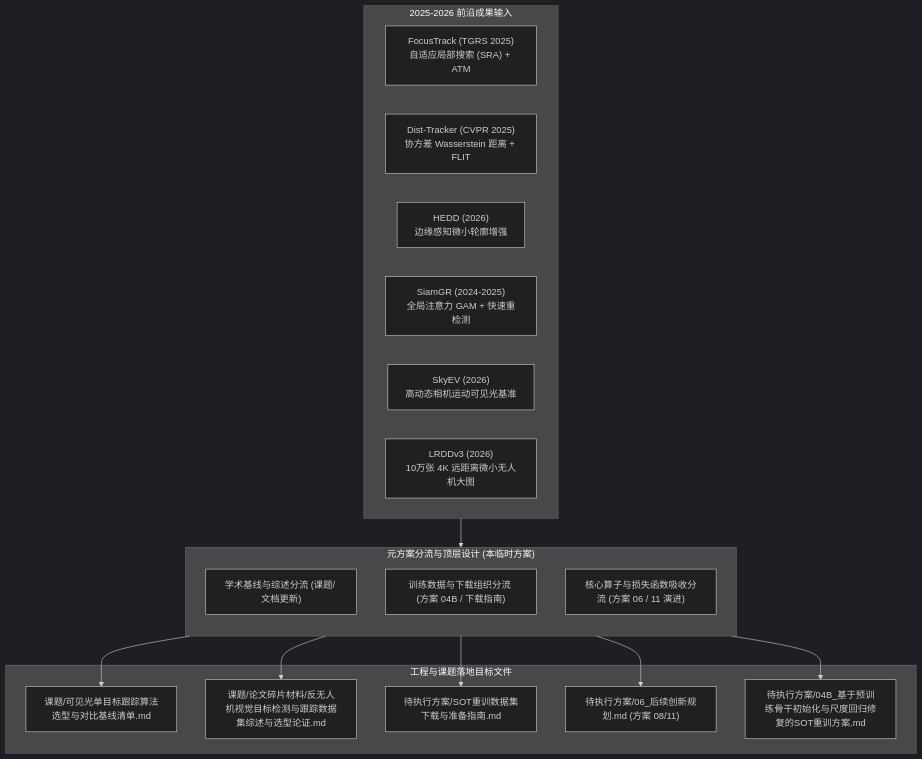
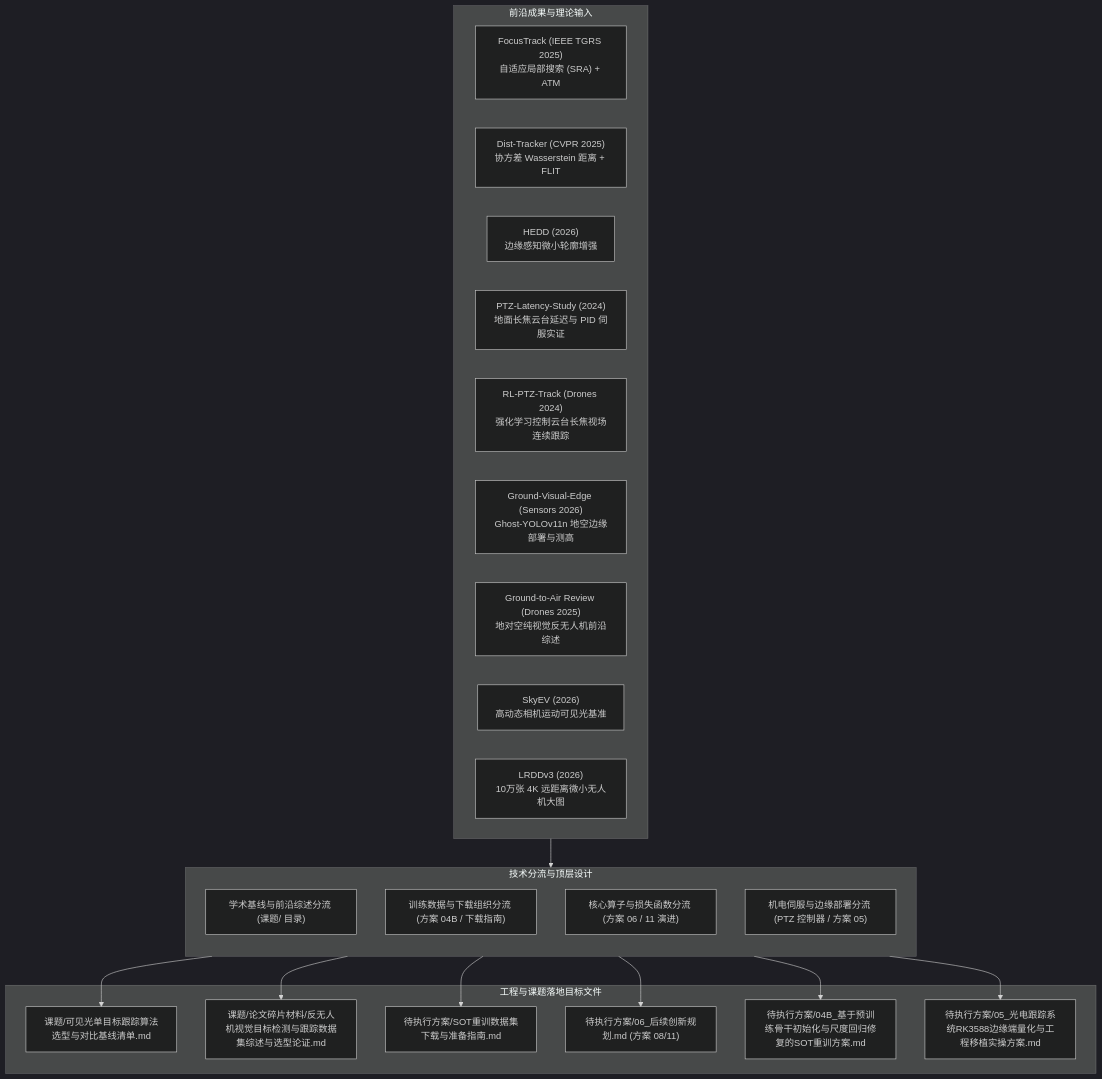
One commit to soranokiseki1437/nanhu_RGB_PTZ changed the first of 2 diagrams in 待执行方案/临时_前沿小模型与数据集纳入课题演进规划方案.md. Above: the diagram before and after it, drawn with Mermaid (dark theme). The commit also changed other lines of this file and 7 other files, not shown here.

````diff
--- a/待执行方案/临时_前沿小模型与数据集纳入课题演进规划方案.md
+++ b/待执行方案/临时_前沿小模型与数据集纳入课题演进规划方案.md
@@ -17,33 +17,39 @@
 ```mermaid
 flowchart TD
-    subgraph Frontiers ["2025-2026 前沿成果输入"]
-        M1["FocusTrack (TGRS 2025)<br/>自适应局部搜索 (SRA) + ATM"]
+    subgraph Frontiers ["前沿成果与理论输入"]
+        M1["FocusTrack (IEEE TGRS 2025)<br/>自适应局部搜索 (SRA) + ATM"]
         M2["Dist-Tracker (CVPR 2025)<br/>协方差 Wasserstein 距离 + FLIT"]
         M3["HEDD (2026)<br/>边缘感知微小轮廓增强"]
-        M4["SiamGR (2024-2025)<br/>全局注意力 GAM + 快速重检测"]
-        D1["SkyEV (2026)<br/>高动态相机运动可见光基准"]
-        D2["LRDDv3 (2026)<br/>10万张 4K 远距离微小无人机大图"]
+        M4["PTZ-Latency-Study (2024)<br/>地面长焦云台延迟与 PID 伺服实证"]
+        M5["RL-PTZ-Track (Drones 2024)<br/>强化学习控制云台长焦视场连续跟踪"]
+        M6["Ground-Visual-Edge (Sensors 2026)<br/>Ghost-YOLOv11n 地空边缘部署与测高"]
+        D1["Ground-to-Air Review (Drones 2025)<br/>地对空纯视觉反无人机前沿综述"]
+        D2["SkyEV (2026)<br/>高动态相机运动可见光基准"]
+        D3["LRDDv3 (2026)<br/>10万张 4K 远距离微小无人机大图"]
     end
 
-    subgraph MetaPlan ["元方案分流与顶层设计 (本临时方案)"]
+    subgraph MetaPlan ["技术分流与顶层设计"]
         direction TB
-        L1["学术基线与综述分流 (课题/ 文档更新)"]
+        L1["学术基线与前沿综述分流 (课题/ 目录)"]
         L2["训练数据与下载组织分流 (方案 04B / 下载指南)"]
-        L3["核心算子与损失函数吸收分流 (方案 06 / 11 演进)"]
+        L3["核心算子与损失函数分流 (方案 06 / 11 演进)"]
+        L4["机电伺服与边缘部署分流 (PTZ 控制器 / 方案 05)"]
     end
 
     subgraph Targets ["工程与课题落地目标文件"]
         T1["课题/可见光单目标跟踪算法选型与对比基线清单.md"]
         T2["课题/论文碎片材料/反无人机视觉目标检测与跟踪数据集综述与选型论证.md"]
         T3["待执行方案/SOT重训数据集下载与准备指南.md"]
         T4["待执行方案/06_后续创新规划.md (方案 08/11)"]
         T5["待执行方案/04B_基于预训练骨干初始化与尺度回归修复的SOT重训方案.md"]
+        T6["待执行方案/05_光电跟踪系统RK3588边缘端量化与工程移植实操方案.md"]
     end
 
     Frontiers --> MetaPlan
     L1 --> T1
     L1 --> T2
     L2 --> T3
     L3 --> T4
     L3 --> T5
+    L4 --> T6
 ```
````
